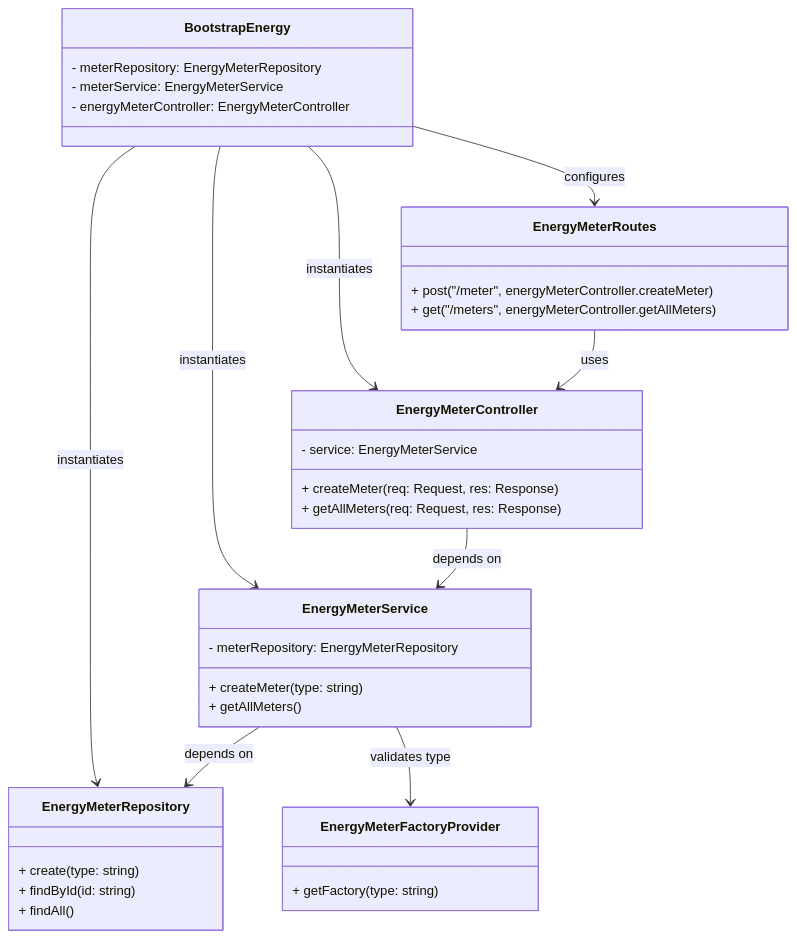
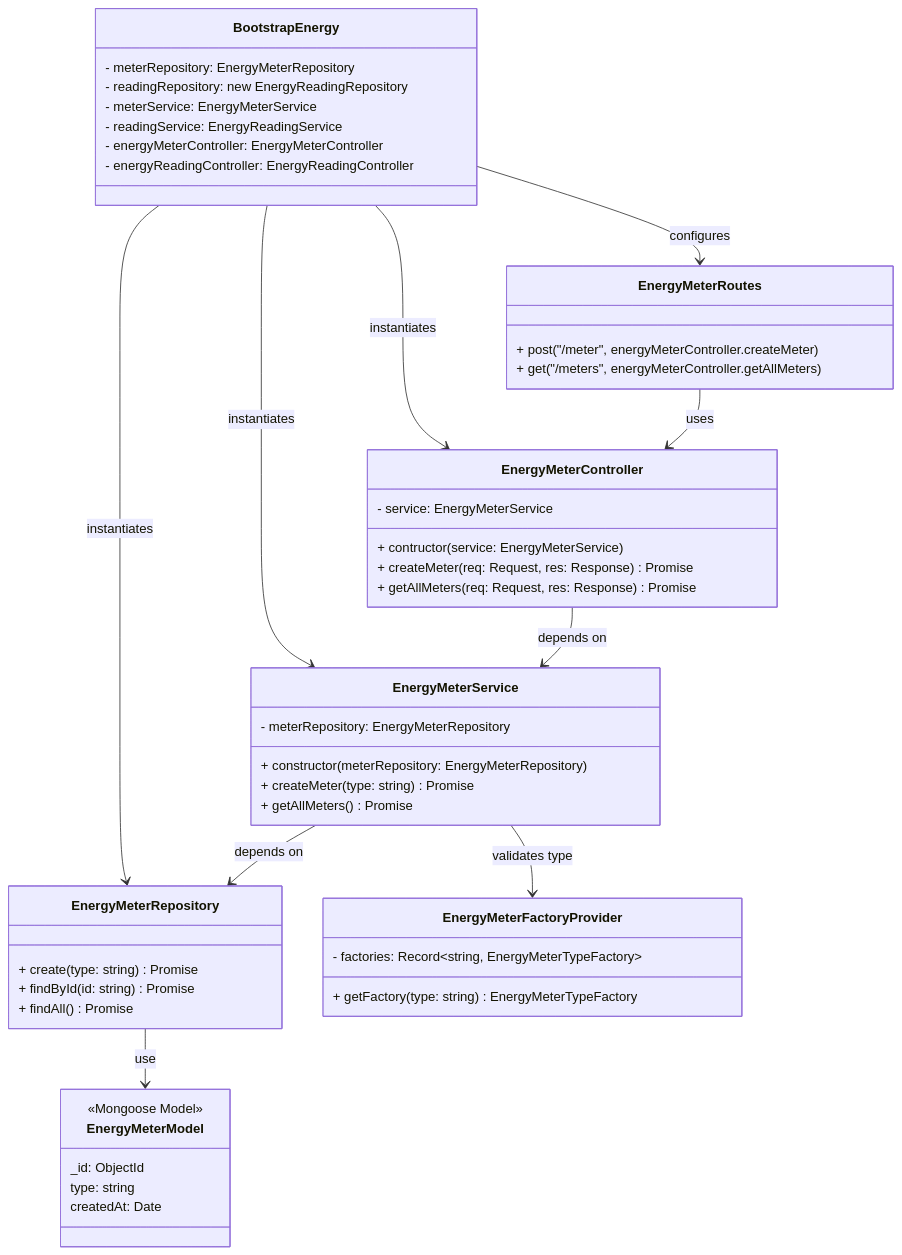
One commit to rubensrabelo/gestao-de-consumo-de-energia changed diagram 11 of 14 in docs/report_rubens_rabelo.md. Above: the diagram before and after it, drawn with Mermaid. The commit also changed other lines of this file and 2 other files, not shown here.

````diff
--- a/docs/report_rubens_rabelo.md
+++ b/docs/report_rubens_rabelo.md
@@ -852,48 +887,60 @@
 ```mermaid
 classDiagram
     class EnergyMeterController {
         - service: EnergyMeterService
-        + createMeter(req: Request, res: Response)
-        + getAllMeters(req: Request, res: Response)
+        + contructor(service: EnergyMeterService)
+        + createMeter(req: Request, res: Response) Promise
+        + getAllMeters(req: Request, res: Response) Promise
     }
 
     class EnergyMeterService {
         - meterRepository: EnergyMeterRepository
-        + createMeter(type: string)
-        + getAllMeters()
+        + constructor(meterRepository: EnergyMeterRepository)
+        + createMeter(type: string) Promise
+        + getAllMeters() Promise
     }
 
     class EnergyMeterRepository {
-        + create(type: string)
-        + findById(id: string)
-        + findAll()
+        + create(type: string) Promise
+        + findById(id: string) Promise
+        + findAll() Promise
     }
 
     class EnergyMeterFactoryProvider {
-        + getFactory(type: string)
+        - factories: Record~string, EnergyMeterTypeFactory~
+        + getFactory(type: string) EnergyMeterTypeFactory 
     }
 
     class BootstrapEnergy {
         - meterRepository: EnergyMeterRepository
+        - readingRepository: new EnergyReadingRepository
         - meterService: EnergyMeterService
+        - readingService: EnergyReadingService
         - energyMeterController: EnergyMeterController
+        - energyReadingController: EnergyReadingController
     }
 
     class EnergyMeterRoutes {
         + post("/meter", energyMeterController.createMeter)
         + get("/meters", energyMeterController.getAllMeters)
     }
 
-    %% Relações de Instanciação (DI)
+    class EnergyMeterModel {
+        <<Mongoose Model>>
+        _id: ObjectId
+        type: string
+        createdAt: Date
+    }
+
     BootstrapEnergy --> EnergyMeterRepository : instantiates
     BootstrapEnergy --> EnergyMeterService : instantiates
     BootstrapEnergy --> EnergyMeterController : instantiates
     BootstrapEnergy --> EnergyMeterRoutes : configures
 
-    %% Relações de Dependência
     EnergyMeterController --> EnergyMeterService : depends on
     EnergyMeterService --> EnergyMeterRepository : depends on
     EnergyMeterService --> EnergyMeterFactoryProvider : validates type
+    EnergyMeterRepository --> EnergyMeterModel : use
 
     EnergyMeterRoutes --> EnergyMeterController : uses
 ```
````
